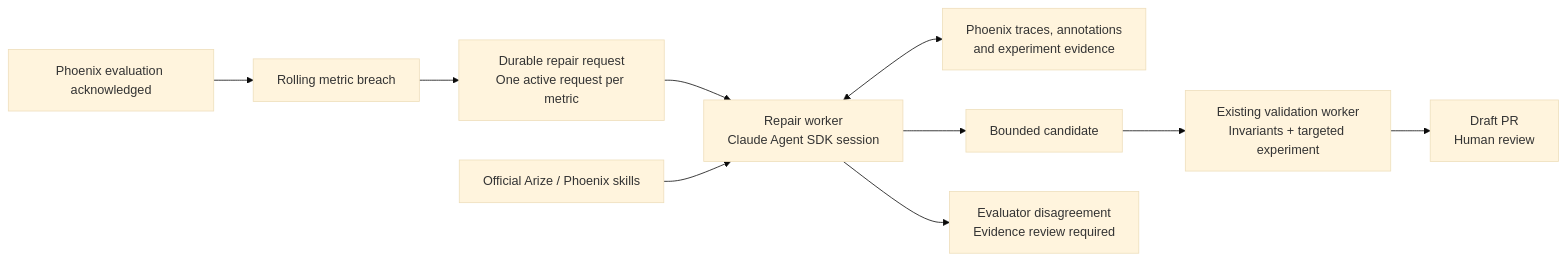
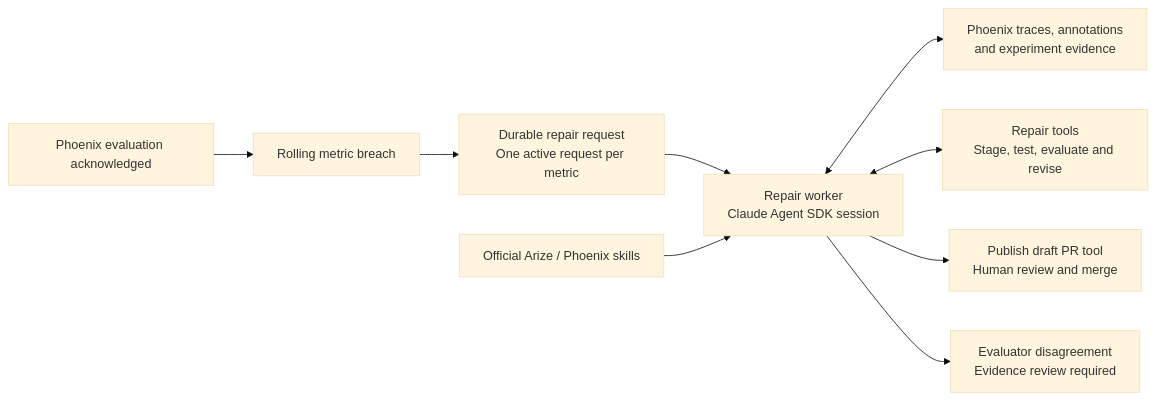
The diagram in docs/repair-runtime.md (brianlu2001/sample-travel-agent), drawn with Mermaid (base theme) before and after one commit. The commit also changed other lines of this file and 8 other files, not shown here.

Commit message:
Let one SDK session drive the repair workflow through draft publication

````diff
--- a/docs/repair-runtime.md
+++ b/docs/repair-runtime.md
@@ -10,12 +11,11 @@
 ```mermaid
 flowchart LR
     E[Phoenix evaluation acknowledged] --> M[Rolling metric breach]
     M --> Q[Durable repair request\nOne active request per metric]
     Q --> R[Repair worker\nClaude Agent SDK session]
     S[Official Arize / Phoenix skills] --> R
     R <--> P[Phoenix traces, annotations\nand experiment evidence]
-    R --> C[Bounded candidate]
-    C --> V[Existing validation worker\nInvariants + targeted experiment]
-    V --> PR[Draft PR\nHuman review]
+    R <--> V[Repair tools\nStage, test, evaluate and revise]
+    R --> PR[Publish draft PR tool\nHuman review and merge]
     R --> H[Evaluator disagreement\nEvidence review required]
 ```
````
